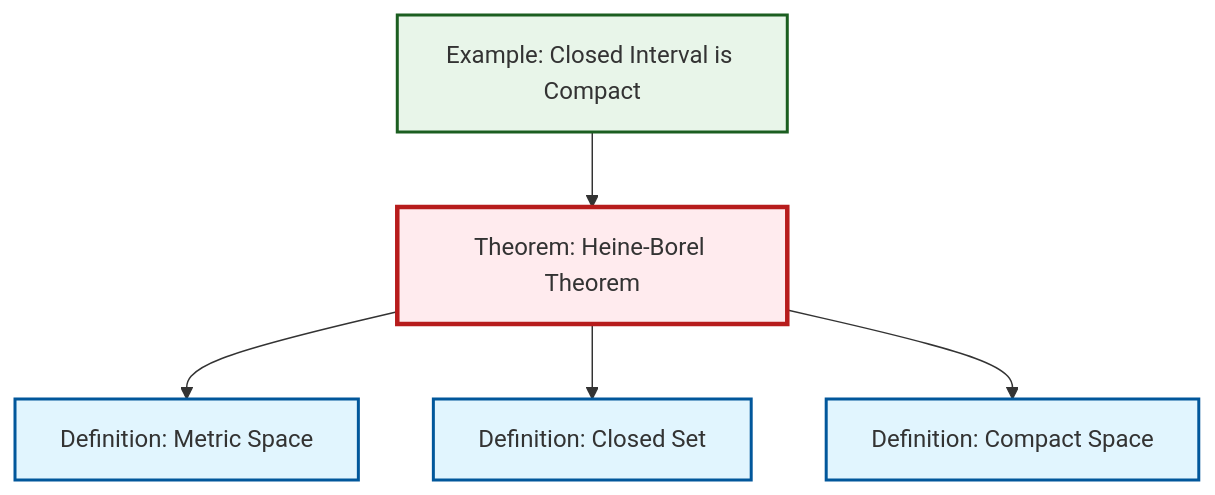
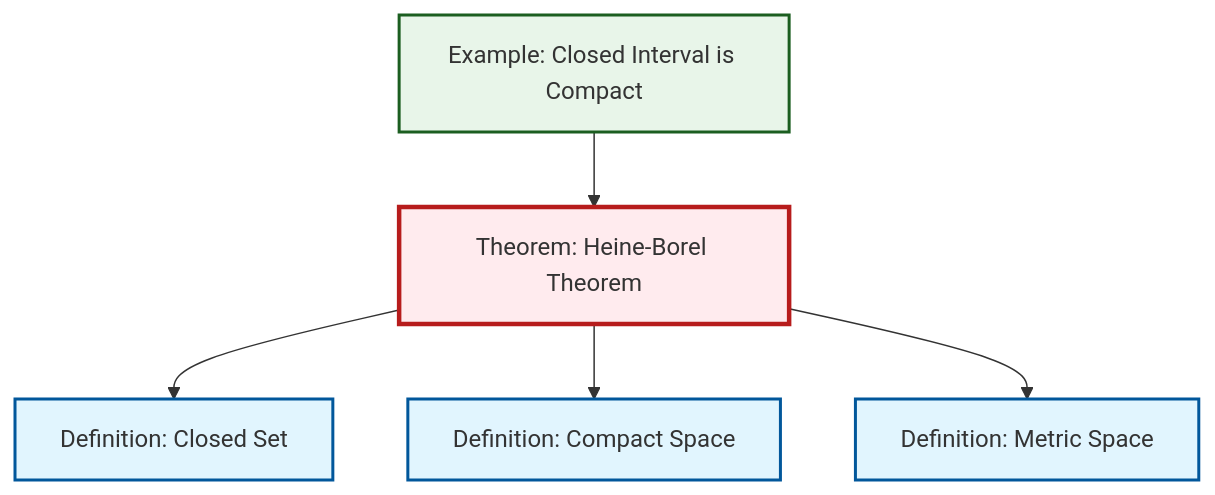
One commit to RK0429/ModernMath changed the diagram in content/en/topology/thm-heine-borel.qmd. Above: the diagram before and after it, drawn with Mermaid. The commit also changed other lines of this file and 497 other files, not shown here.

````diff
--- a/content/en/topology/thm-heine-borel.qmd
+++ b/content/en/topology/thm-heine-borel.qmd
@@ -46,23 +46,23 @@
 ```{mermaid}
 %%| fig-cap: "Local dependency graph"
 graph TD
     classDef definition fill:#e1f5fe,stroke:#01579b,stroke-width:2px
     classDef theorem fill:#f3e5f5,stroke:#4a148c,stroke-width:2px
     classDef axiom fill:#fff3e0,stroke:#e65100,stroke-width:2px
     classDef example fill:#e8f5e9,stroke:#1b5e20,stroke-width:2px
     classDef current fill:#ffebee,stroke:#b71c1c,stroke-width:3px
+    def-compact["Definition: Compact Space"]:::definition
+    ex-closed-interval-compact["Example: Closed Interval is Compact"]:::example
+    def-closed-set["Definition: Closed Set"]:::definition
     def-metric-space["Definition: Metric Space"]:::definition
     thm-heine-borel["Theorem: Heine-Borel Theorem"]:::theorem
-    def-closed-set["Definition: Closed Set"]:::definition
-    def-compact["Definition: Compact Space"]:::definition
-    ex-closed-interval-compact["Example: Closed Interval is Compact"]:::example
+    thm-heine-borel --> def-closed-set
+    ex-closed-interval-compact --> thm-heine-borel
+    thm-heine-borel --> def-compact
     thm-heine-borel --> def-metric-space
-    ex-closed-interval-compact --> thm-heine-borel
-    thm-heine-borel --> def-closed-set
-    thm-heine-borel --> def-compact
     class thm-heine-borel current
-    click def-metric-space "def-metric-space.html" "Go to Metric Space definition"
-    click def-closed-set "def-closed-set.html" "Go to Closed Set definition"
     click def-compact "def-compact.html" "Go to Compact Space definition"
     click ex-closed-interval-compact "ex-closed-interval-compact.html" "Go to Closed Interval is Compact example"
+    click def-closed-set "def-closed-set.html" "Go to Closed Set definition"
+    click def-metric-space "def-metric-space.html" "Go to Metric Space definition"
 ```
````
